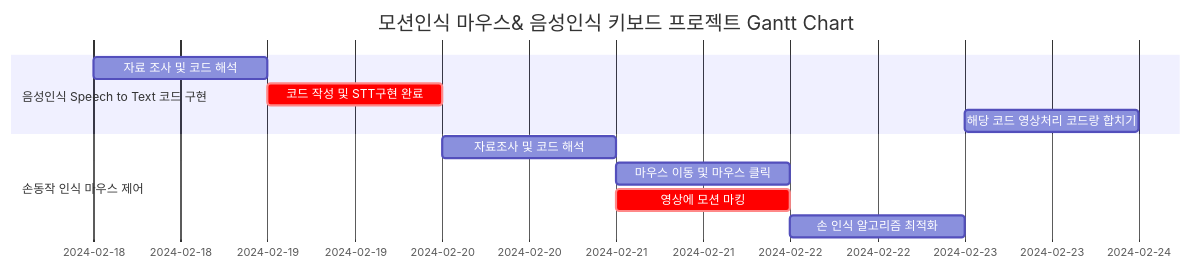
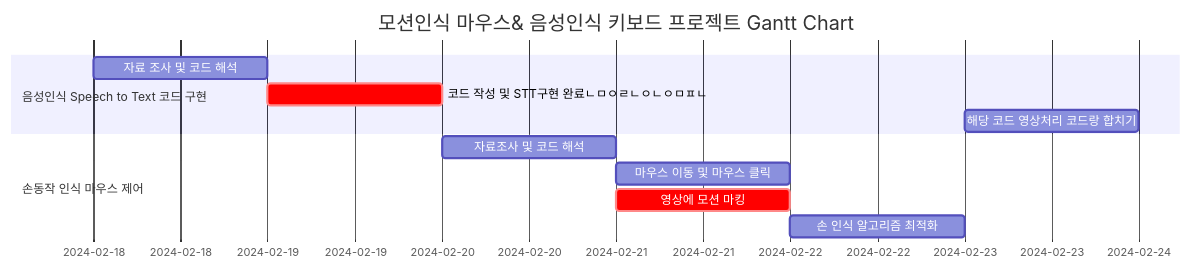
The diagram in README.md (CodeMystero/motionKeyboardMouse), drawn with Mermaid before and after one commit.

````diff
--- a/README.md
+++ b/README.md
@@ -58,16 +58,16 @@
 ```mermaid
 gantt
     dateFormat  MM-DD-YYYY
     title       모션인식 마우스& 음성인식 키보드 프로젝트 Gantt Chart
 	
 	section 음성인식 Speech to Text 코드 구현
 		자료 조사 및 코드 해석 :2024-02-18, 1d
-                코드 작성 및 STT구현 완료  :crit, 2024-02-19, 1d
+                코드 작성 및 STT구현 완료ㄴㅁㅇㄹㄴㅇㄴㅇㅁㅍㄴ  :crit, 2024-02-19, 1d
 		해당 코드 영상처리 코드랑 합치기 :2024-02-23, 1d
 	
 	section 손동작 인식 마우스 제어
 		자료조사 및 코드 해석	: 2024-02-20, 1d
 		마우스 이동 및 마우스 클릭 : 2024-02-21, 1d
                 영상에 모션 마킹  :crit, 2024-02-21, 1d
 		손 인식 알고리즘 최적화 : 2024-02-22, 1d
 ```
````
